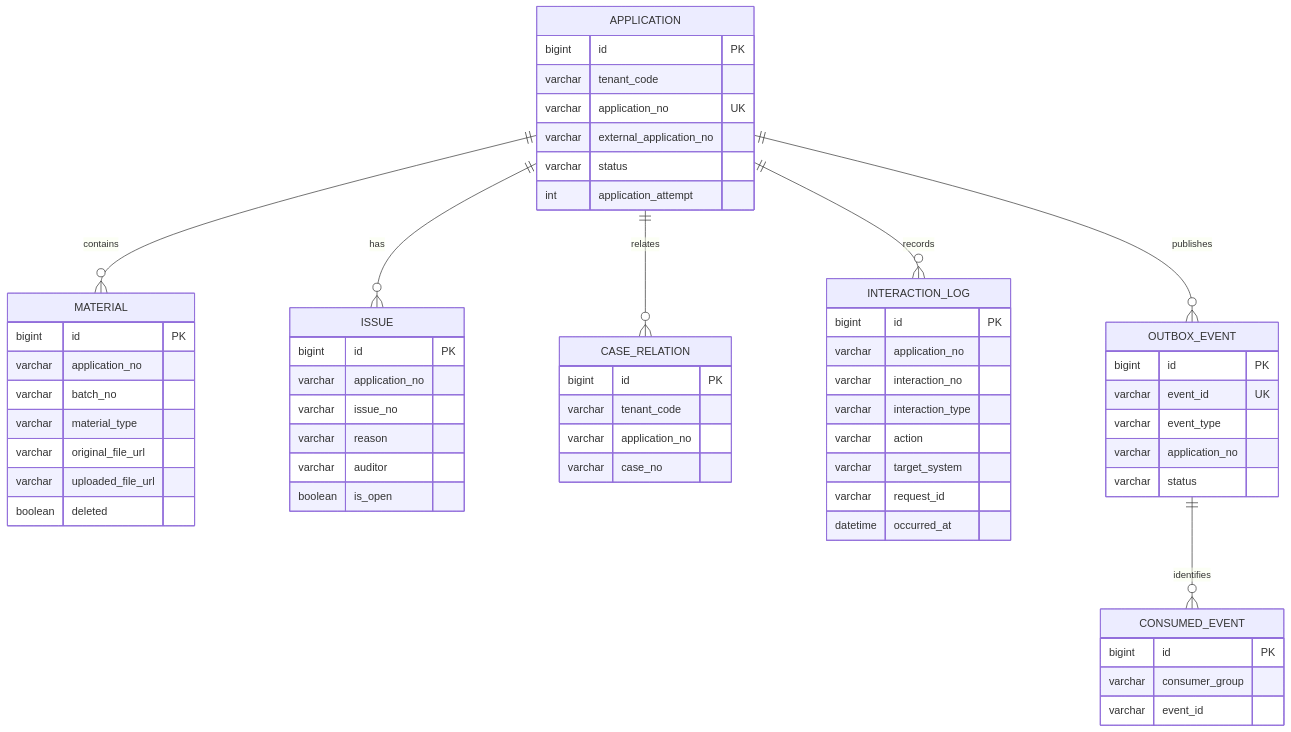
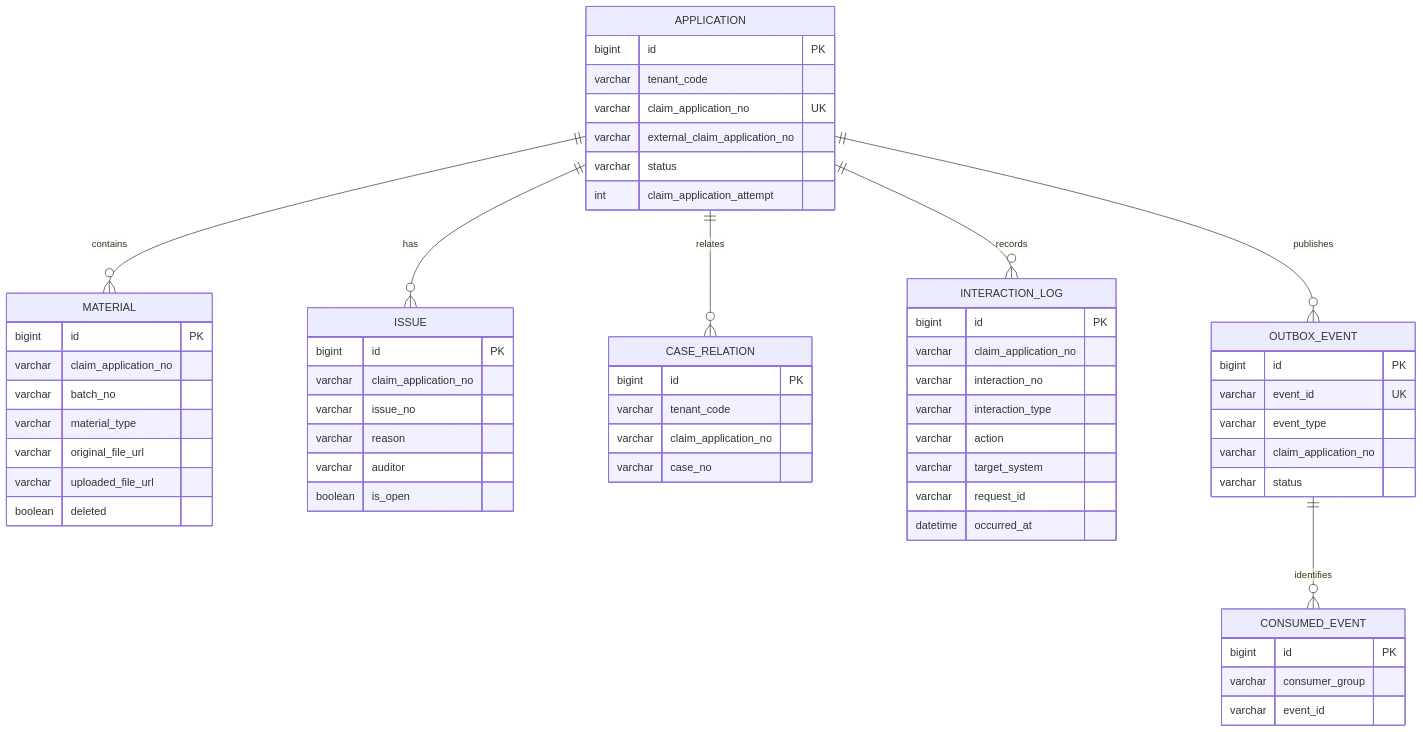
Before and after one commit to wangguangwu/claim-integration-platform: the second of 2 diagrams in specs/002-application-integration-foundation/design.md, drawn with Mermaid. The commit also changed other lines of this file and 110 other files, not shown here.

First line of the commit message:
理赔申请命名全链路收敛到 claimApplication，消除与 DDD 应用层词汇的歧义

````diff
--- a/specs/002-application-integration-foundation/design.md
+++ b/specs/002-application-integration-foundation/design.md
@@ -68,63 +68,63 @@
 ```mermaid
 erDiagram
     APPLICATION ||--o{ MATERIAL : contains
     APPLICATION ||--o{ ISSUE : has
     APPLICATION ||--o{ CASE_RELATION : relates
     APPLICATION ||--o{ INTERACTION_LOG : records
     APPLICATION ||--o{ OUTBOX_EVENT : publishes
     OUTBOX_EVENT ||--o{ CONSUMED_EVENT : identifies
 
     APPLICATION {
         bigint id PK
         varchar tenant_code
-        varchar application_no UK
-        varchar external_application_no
+        varchar claim_application_no UK
+        varchar external_claim_application_no
         varchar status
-        int application_attempt
+        int claim_application_attempt
     }
     MATERIAL {
         bigint id PK
-        varchar application_no
+        varchar claim_application_no
         varchar batch_no
         varchar material_type
         varchar original_file_url
         varchar uploaded_file_url
         boolean deleted
     }
     ISSUE {
         bigint id PK
-        varchar application_no
+        varchar claim_application_no
         varchar issue_no
         varchar reason
         varchar auditor
         boolean is_open
     }
     CASE_RELATION {
         bigint id PK
         varchar tenant_code
-        varchar application_no
+        varchar claim_application_no
         varchar case_no
     }
     INTERACTION_LOG {
         bigint id PK
-        varchar application_no
+        varchar claim_application_no
         varchar interaction_no
         varchar interaction_type
         varchar action
         varchar target_system
         varchar request_id
         datetime occurred_at
     }
     OUTBOX_EVENT {
         bigint id PK
         varchar event_id UK
         varchar event_type
-        varchar application_no
+        varchar claim_application_no
         varchar status
     }
     CONSUMED_EVENT {
         bigint id PK
         varchar consumer_group
         varchar event_id
     }
 ```
````
